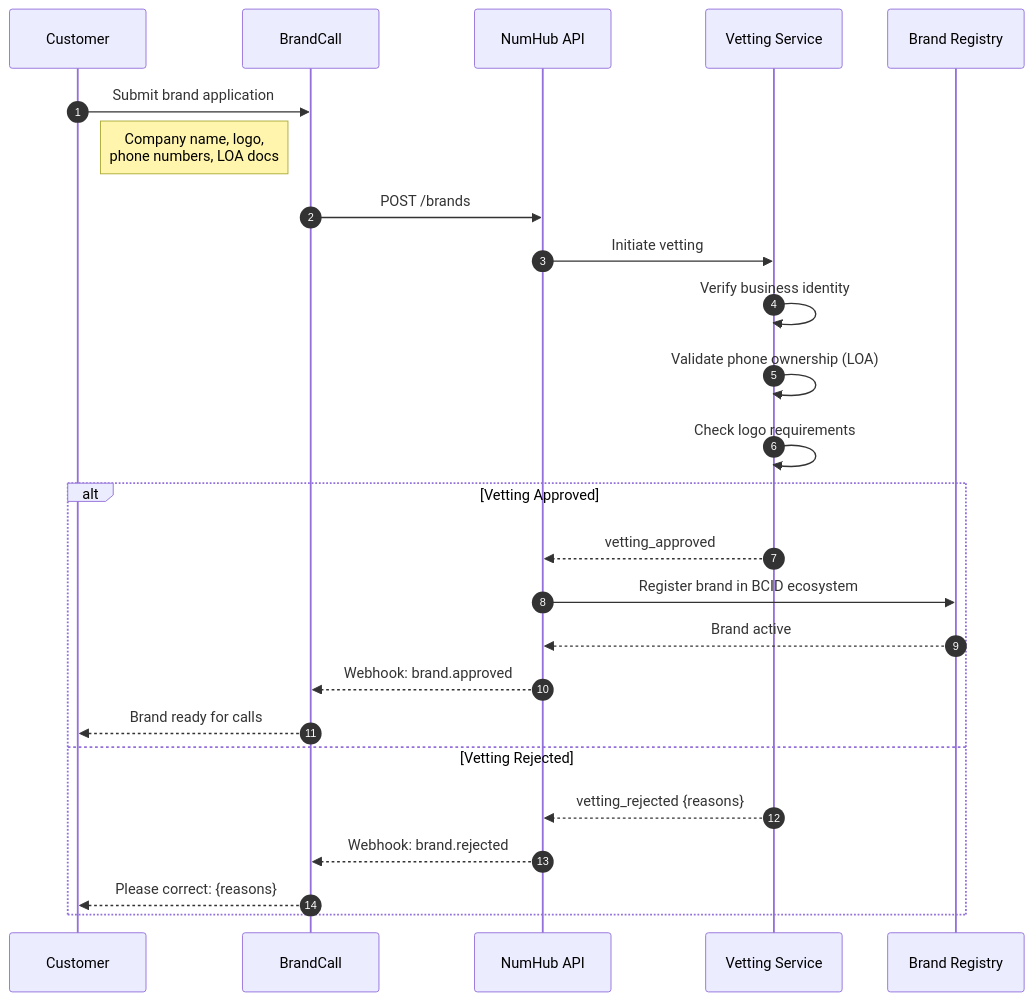
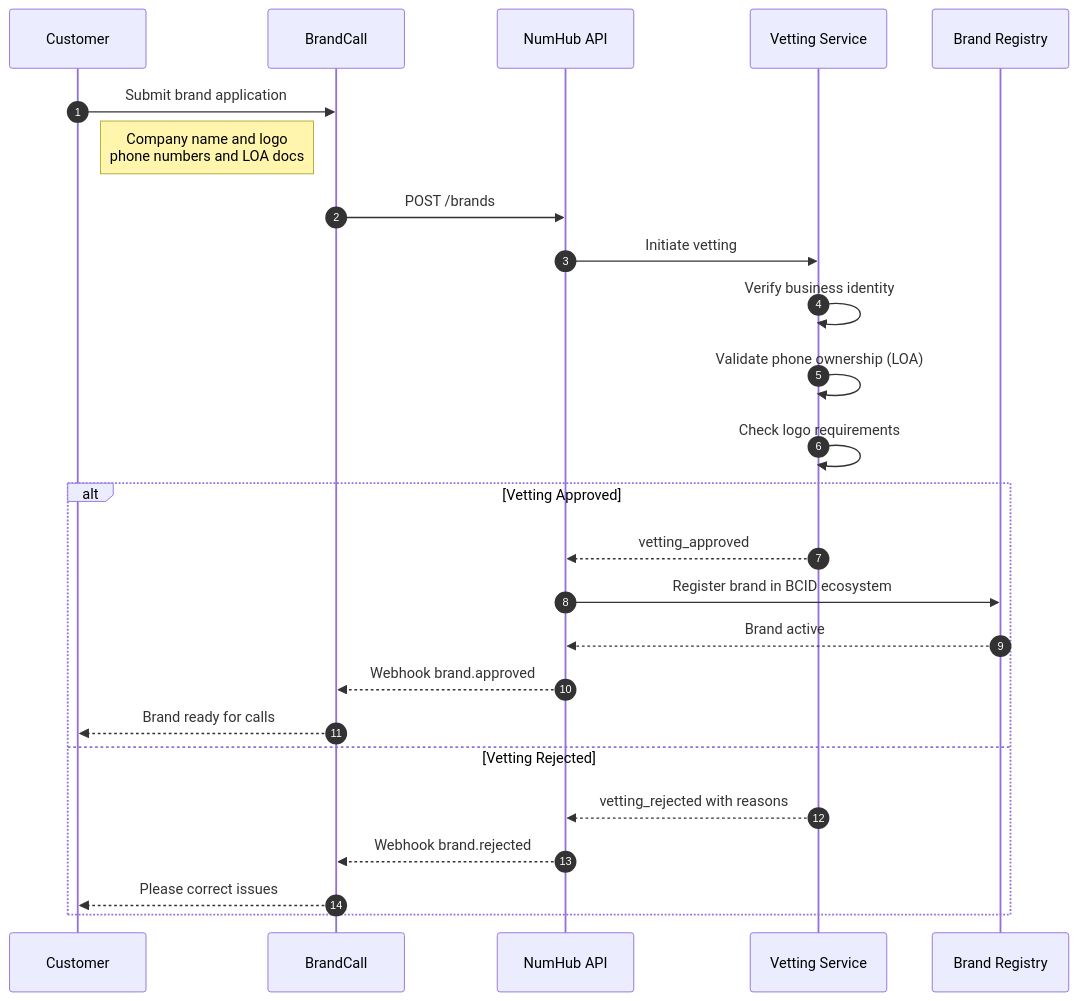
Before and after one commit to hackur/brandcall: the fourth of 7 diagrams in docs/BCID-API-FLOW.md, drawn with Mermaid. The commit also changed other lines of this file, not shown here.

Commit message:
fix: Remove special chars breaking Mermaid parsing in sequence diagrams

````diff
--- a/docs/BCID-API-FLOW.md
+++ b/docs/BCID-API-FLOW.md
@@ -128,30 +128,30 @@
 ```mermaid
 sequenceDiagram
     autonumber
     participant Cust as Customer
     participant App as BrandCall
     participant API as NumHub API
     participant Vet as Vetting Service
     participant Reg as Brand Registry
 
     Cust->>App: Submit brand application
-    Note right of Cust: Company name, logo,<br/>phone numbers, LOA docs
+    Note right of Cust: Company name and logo<br/>phone numbers and LOA docs
     
     App->>API: POST /brands
     API->>Vet: Initiate vetting
     Vet->>Vet: Verify business identity
     Vet->>Vet: Validate phone ownership (LOA)
     Vet->>Vet: Check logo requirements
     
     alt Vetting Approved
         Vet-->>API: vetting_approved
         API->>Reg: Register brand in BCID ecosystem
         Reg-->>API: Brand active
-        API-->>App: Webhook: brand.approved
+        API-->>App: Webhook brand.approved
         App-->>Cust: Brand ready for calls
     else Vetting Rejected
-        Vet-->>API: vetting_rejected {reasons}
-        API-->>App: Webhook: brand.rejected
-        App-->>Cust: Please correct: {reasons}
+        Vet-->>API: vetting_rejected with reasons
+        API-->>App: Webhook brand.rejected
+        App-->>Cust: Please correct issues
     end
 ```
````
